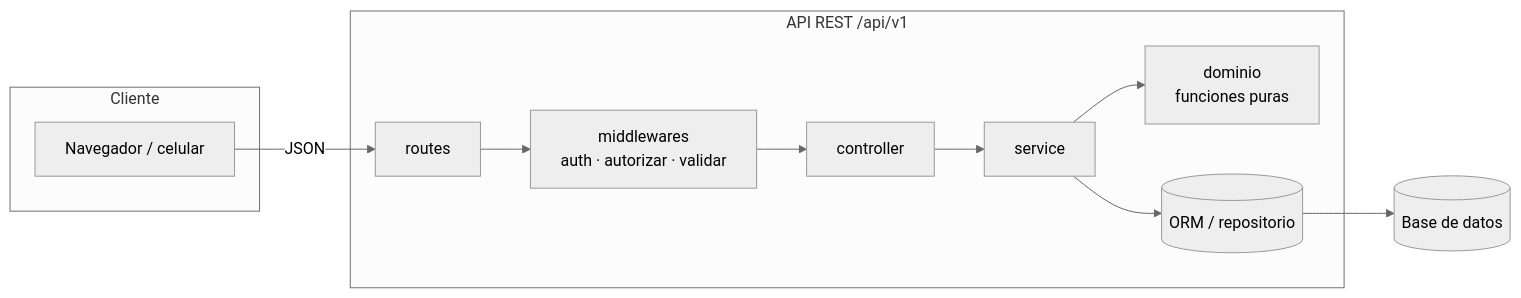
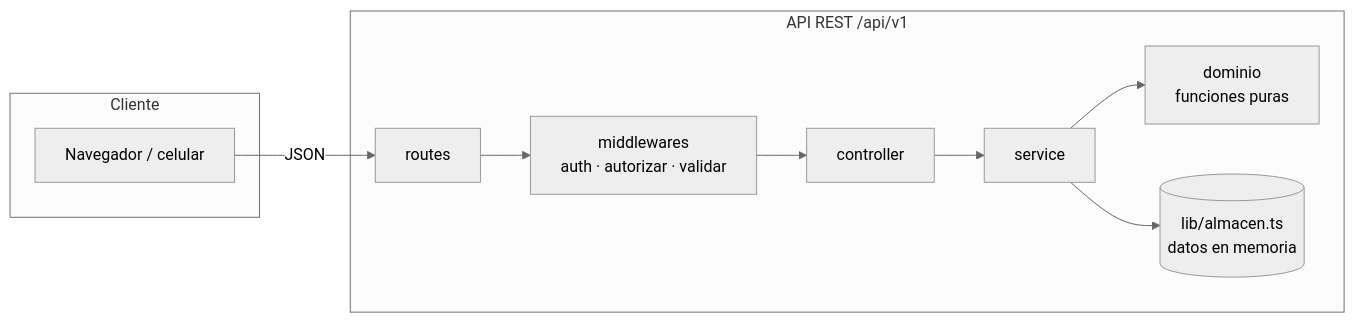
The diagram in ARCHITECTURE.md (Asahel-Pech20/prestamo-libros), drawn with Mermaid (neutral theme) before and after one commit. The commit also changed other lines of this file and 12 other files, not shown here.

````diff
--- a/ARCHITECTURE.md
+++ b/ARCHITECTURE.md
@@ -7,15 +7,14 @@
 ```mermaid
 flowchart LR
   subgraph Cliente
     V[Navegador / celular]
   end
   subgraph API["API REST /api/v1"]
     R[routes] --> M[middlewares<br/>auth · autorizar · validar]
     M --> C[controller]
     C --> S[service]
     S --> D[dominio<br/>funciones puras]
-    S --> P[(ORM / repositorio)]
+    S --> P[(lib/almacen.ts<br/>datos en memoria)]
   end
-  P --> BD[(Base de datos)]
   V -->|JSON| R
 ```
````
